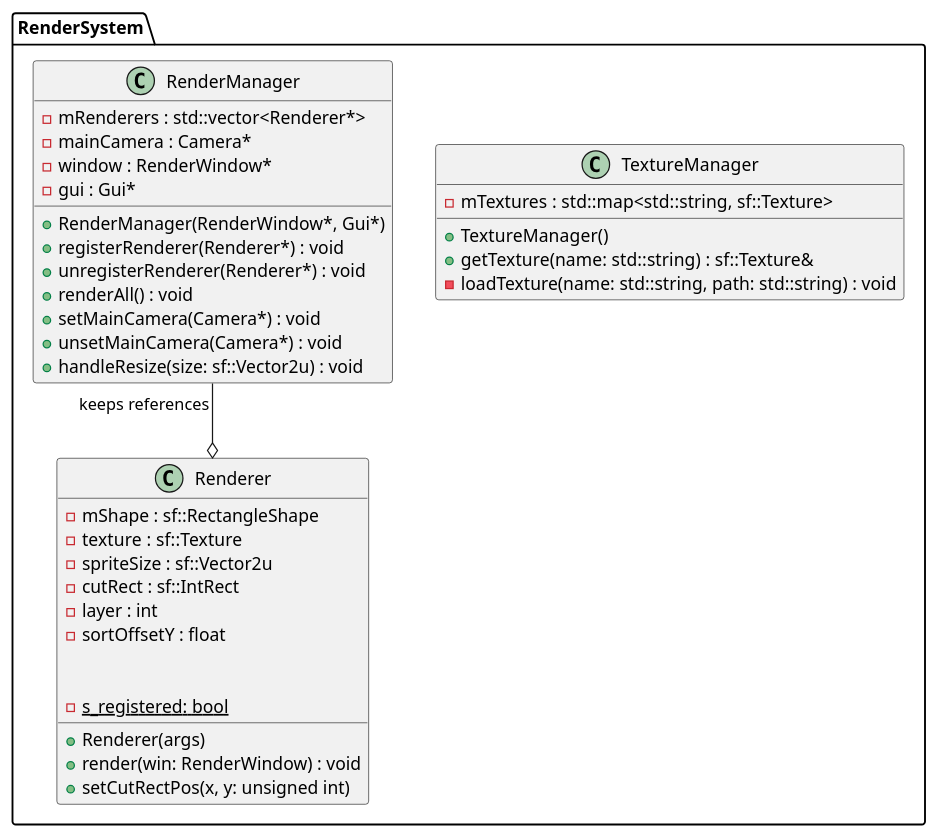
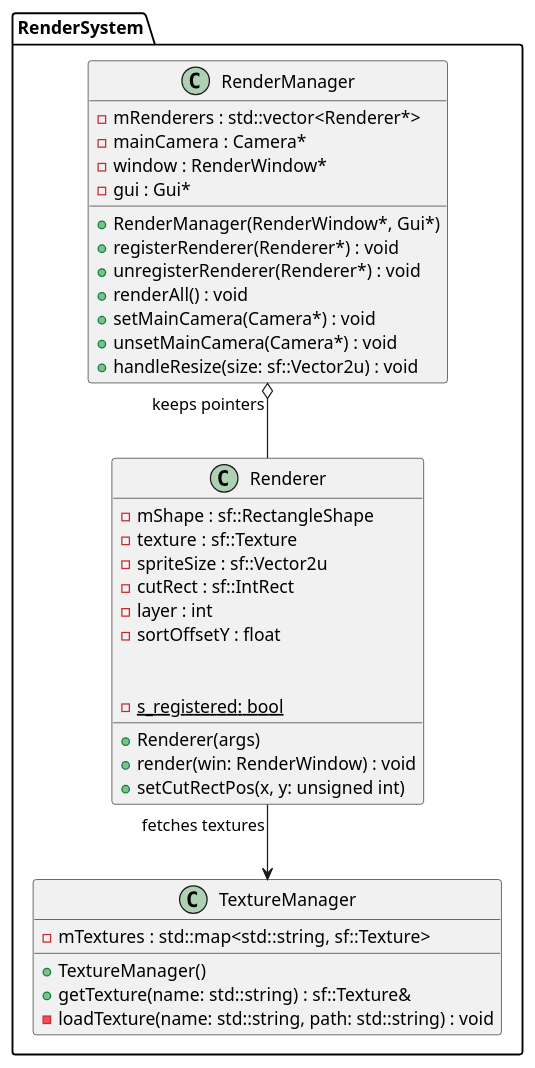
One commit to AntoFruch/PatternFactory changed the diagram in doc/uml/renderSystem.puml. Above: the diagram before and after it, drawn with PlantUML. The commit also changed 6 other files, not shown here.

Commit message:
update engine with new parser logic, update class diagrams and documentation for that

```diff
--- a/doc/uml/renderSystem.puml
+++ b/doc/uml/renderSystem.puml
@@ -1,45 +1,46 @@
 @startuml renderSystem
 
 namespace RenderSystem {
 
     class TextureManager{
         - mTextures : std::map<std::string, sf::Texture>
 
         + TextureManager()
         + getTexture(name: std::string) : sf::Texture&
         - loadTexture(name: std::string, path: std::string) : void
     }
 
     class RenderManager{
         - mRenderers : std::vector<Renderer*>
         - mainCamera : Camera*
         - window : RenderWindow*
         - gui : Gui*
 
         + RenderManager(RenderWindow*, Gui*)
         + registerRenderer(Renderer*) : void
         + unregisterRenderer(Renderer*) : void
         + renderAll() : void
         + setMainCamera(Camera*) : void
         + unsetMainCamera(Camera*) : void
         + handleResize(size: sf::Vector2u) : void
     }
 
     class Renderer{
         - mShape : sf::RectangleShape
         - texture : sf::Texture
         - spriteSize : sf::Vector2u
         - cutRect : sf::IntRect
         - layer : int
         - sortOffsetY : float
 
         + Renderer(args)
         + render(win: RenderWindow) : void
         + setCutRectPos(x, y: unsigned int)
 
         - {static} s_registered: bool
     }
 
-    RenderManager "keeps references"--o Renderer
+    RenderManager "keeps pointers" o-- Renderer
+    Renderer "fetches textures" --> TextureManager
 }
 @enduml
```
